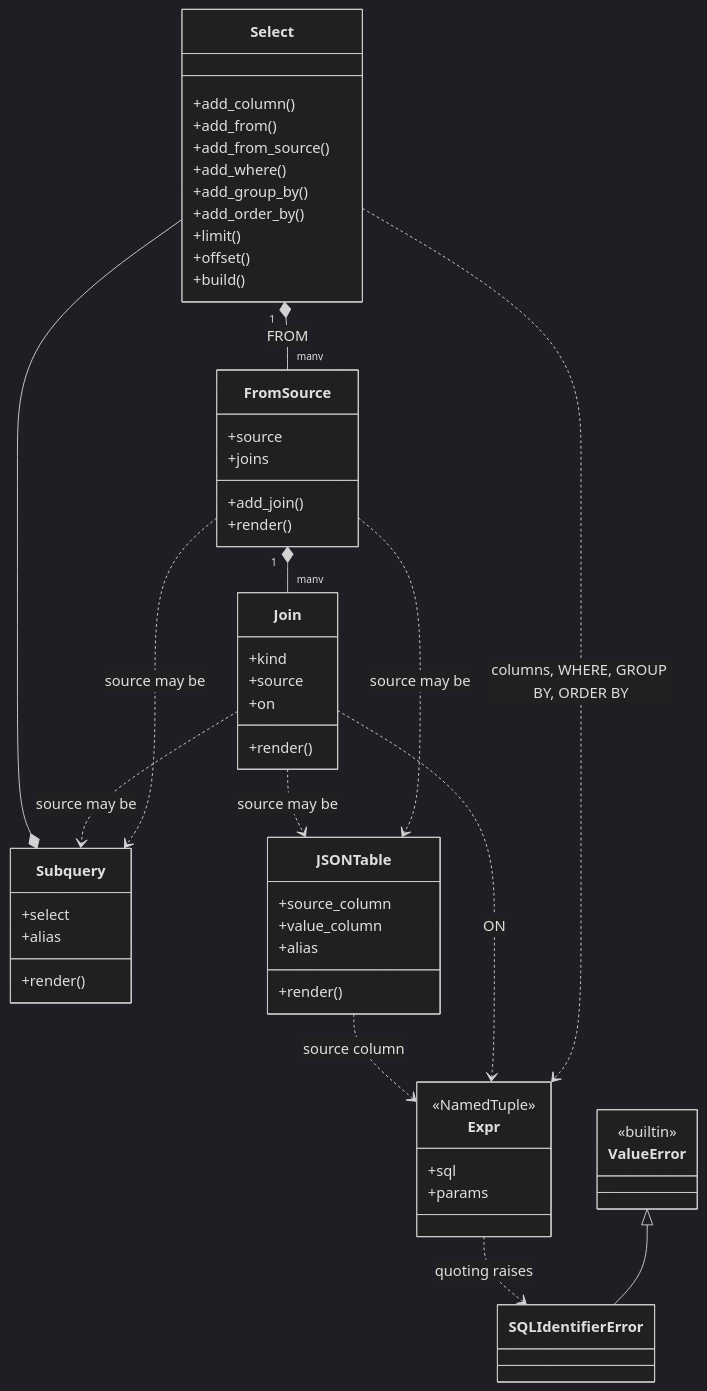
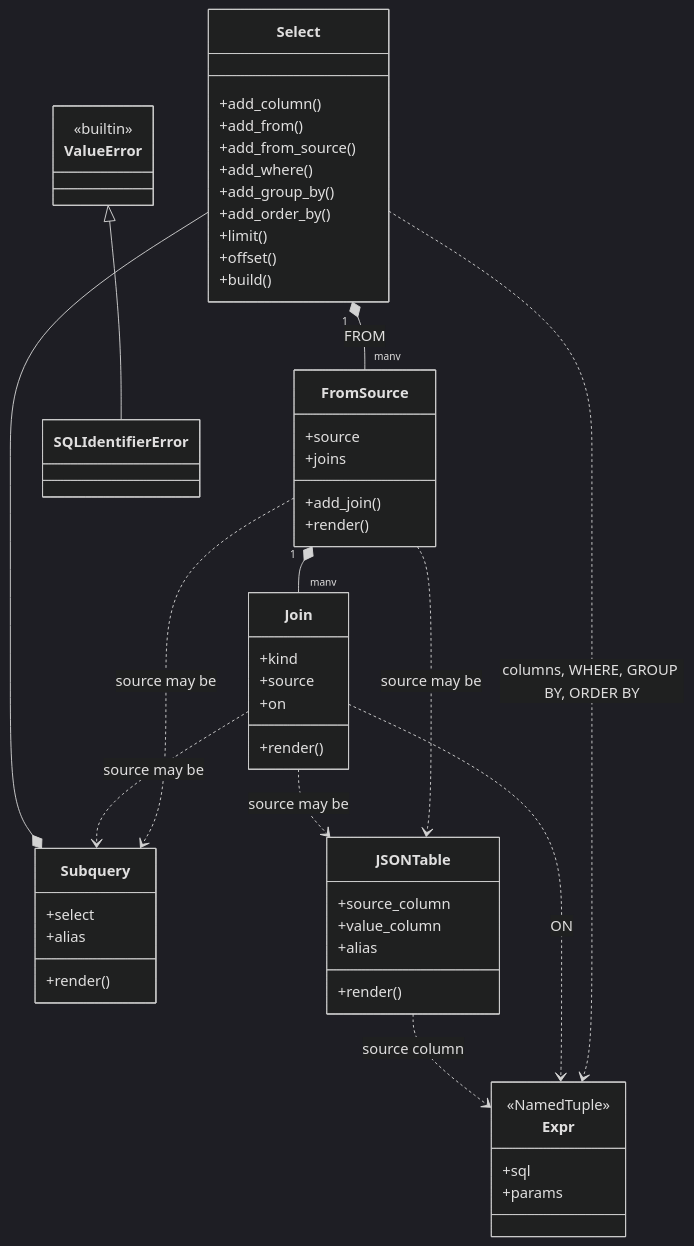
Before and after one commit to SETI/rms-opus: the diagram in docs/dev_guide_webapp_tools.rst, drawn with Mermaid (dark theme). The commit also changed other lines of this file and 11 other files, not shown here.

```diff
--- a/docs/dev_guide_webapp_tools.rst
+++ b/docs/dev_guide_webapp_tools.rst
@@ -222,59 +222,58 @@
 .. mermaid::
 
     classDiagram
         class Expr {
             <<NamedTuple>>
             +sql
             +params
         }
         class Select {
             +add_column()
             +add_from()
             +add_from_source()
             +add_where()
             +add_group_by()
             +add_order_by()
             +limit()
             +offset()
             +build()
         }
         class FromSource {
             +source
             +joins
             +add_join()
             +render()
         }
         class Join {
             +kind
             +source
             +on
             +render()
         }
         class Subquery {
             +select
             +alias
             +render()
         }
         class JSONTable {
             +source_column
             +value_column
             +alias
             +render()
         }
         class ValueError {
             <<builtin>>
         }
         class SQLIdentifierError
 
         Select "1" *-- "many" FromSource : FROM
         FromSource "1" *-- "many" Join
         FromSource ..> Subquery : source may be
         FromSource ..> JSONTable : source may be
         Join ..> Subquery : source may be
         Join ..> JSONTable : source may be
         Subquery *-- Select
         Select ..> Expr : columns, WHERE, GROUP BY, ORDER BY
         Join ..> Expr : ON
         JSONTable ..> Expr : source column
         ValueError <|-- SQLIdentifierError
-        Expr ..> SQLIdentifierError : quoting raises
```
